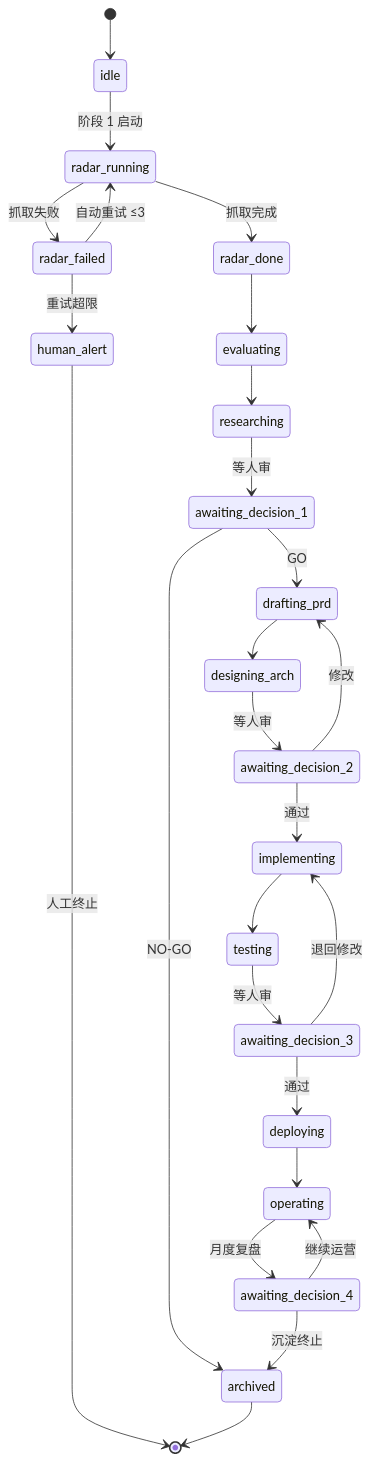
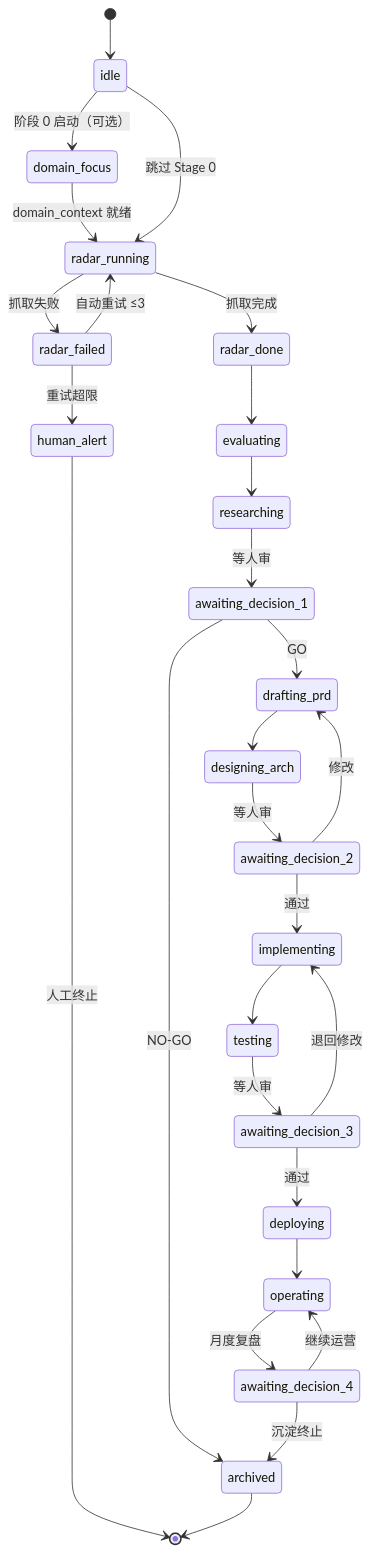
Before and after one commit to zoe27/ai-pain-pipeline: the first of 2 diagrams in docs/state-machine.md, drawn with Mermaid. The commit also changed other lines of this file and 7 other files, not shown here.

````diff
--- a/docs/state-machine.md
+++ b/docs/state-machine.md
@@ -5,37 +7,39 @@
 ```mermaid
 stateDiagram-v2
     [*] --> idle
-    idle --> radar_running: 阶段 1 启动
+    idle --> domain_focus: 阶段 0 启动（可选）
+    domain_focus --> radar_running: domain_context 就绪
+    idle --> radar_running: 跳过 Stage 0
     radar_running --> radar_done: 抓取完成
     radar_running --> radar_failed: 抓取失败
     radar_failed --> radar_running: 自动重试 ≤3
     radar_failed --> human_alert: 重试超限
 
     radar_done --> evaluating
     evaluating --> researching
     researching --> awaiting_decision_1: 等人审
 
     awaiting_decision_1 --> drafting_prd: GO
     awaiting_decision_1 --> archived: NO-GO
 
     drafting_prd --> designing_arch
     designing_arch --> awaiting_decision_2: 等人审
 
     awaiting_decision_2 --> implementing: 通过
     awaiting_decision_2 --> drafting_prd: 修改
 
     implementing --> testing
     testing --> awaiting_decision_3: 等人审
 
     awaiting_decision_3 --> deploying: 通过
     awaiting_decision_3 --> implementing: 退回修改
 
     deploying --> operating
     operating --> awaiting_decision_4: 月度复盘
 
     awaiting_decision_4 --> operating: 继续运营
     awaiting_decision_4 --> archived: 沉淀终止
 
     human_alert --> [*]: 人工终止
     archived --> [*]
 ```
````
